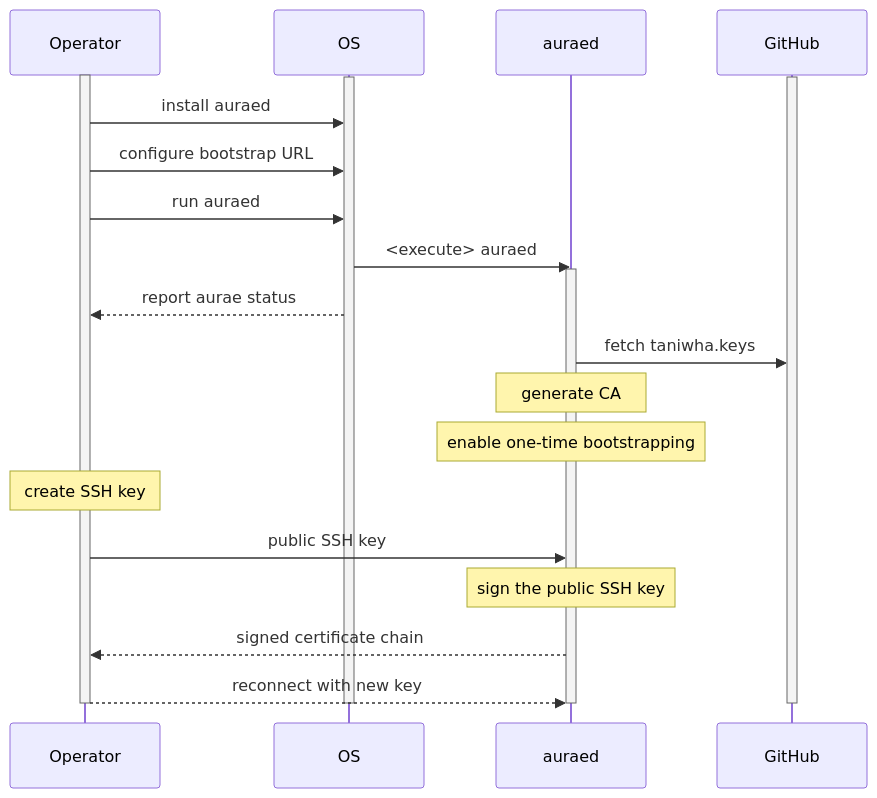
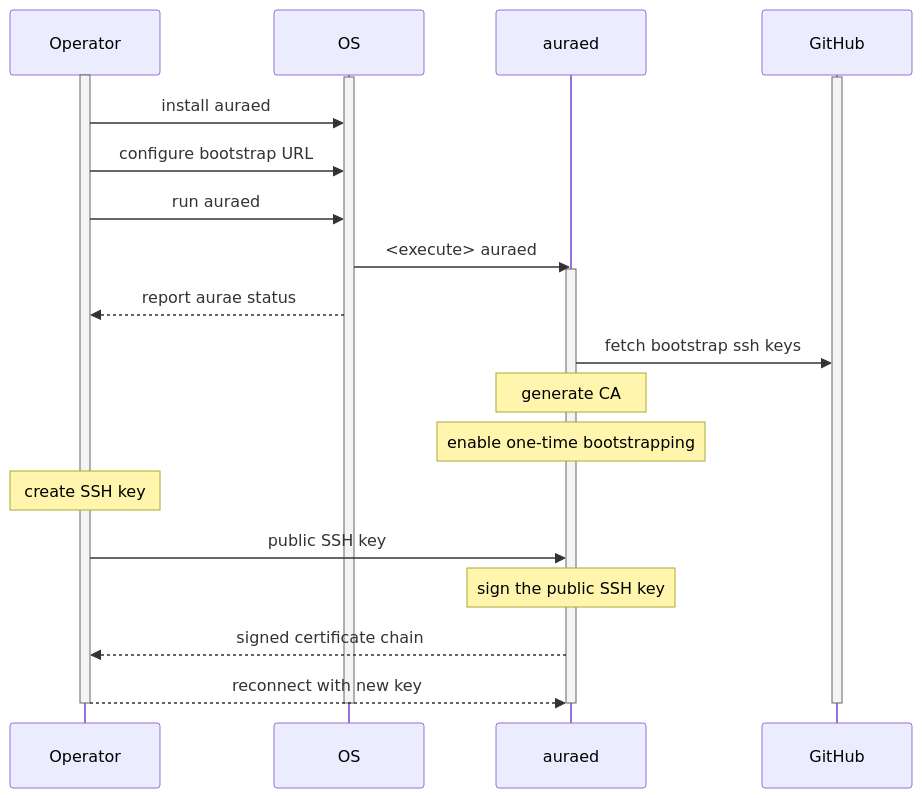
One commit to aurae-runtime/architecture changed the first of 2 diagrams in accepted/002.md. Above: the diagram before and after it, drawn with Mermaid.

Commit message:
prop002: minor change to sequence diagram

````diff
--- a/accepted/002.md
+++ b/accepted/002.md
@@ -47,24 +47,24 @@
 ```mermaid
 sequenceDiagram
 activate Operator
 activate OS
 activate GitHub
 Operator->>OS: install auraed
 Operator->>OS: configure bootstrap URL
 Operator->>OS: run auraed
 OS->>auraed: <execute> auraed
 activate auraed
 OS-->>Operator: report aurae status
-auraed->>GitHub: fetch taniwha.keys
+auraed->>GitHub: fetch bootstrap ssh keys
 note over auraed: generate CA
 note over auraed: enable one-time bootstrapping
 note over Operator: create SSH key
 Operator->>auraed: public SSH key
 note over auraed: sign the public SSH key
 auraed-->>Operator: signed certificate chain
 Operator-->>auraed: reconnect with new key
 deactivate auraed
 deactivate GitHub
 deactivate Operator
 deactivate OS
 ```
````
